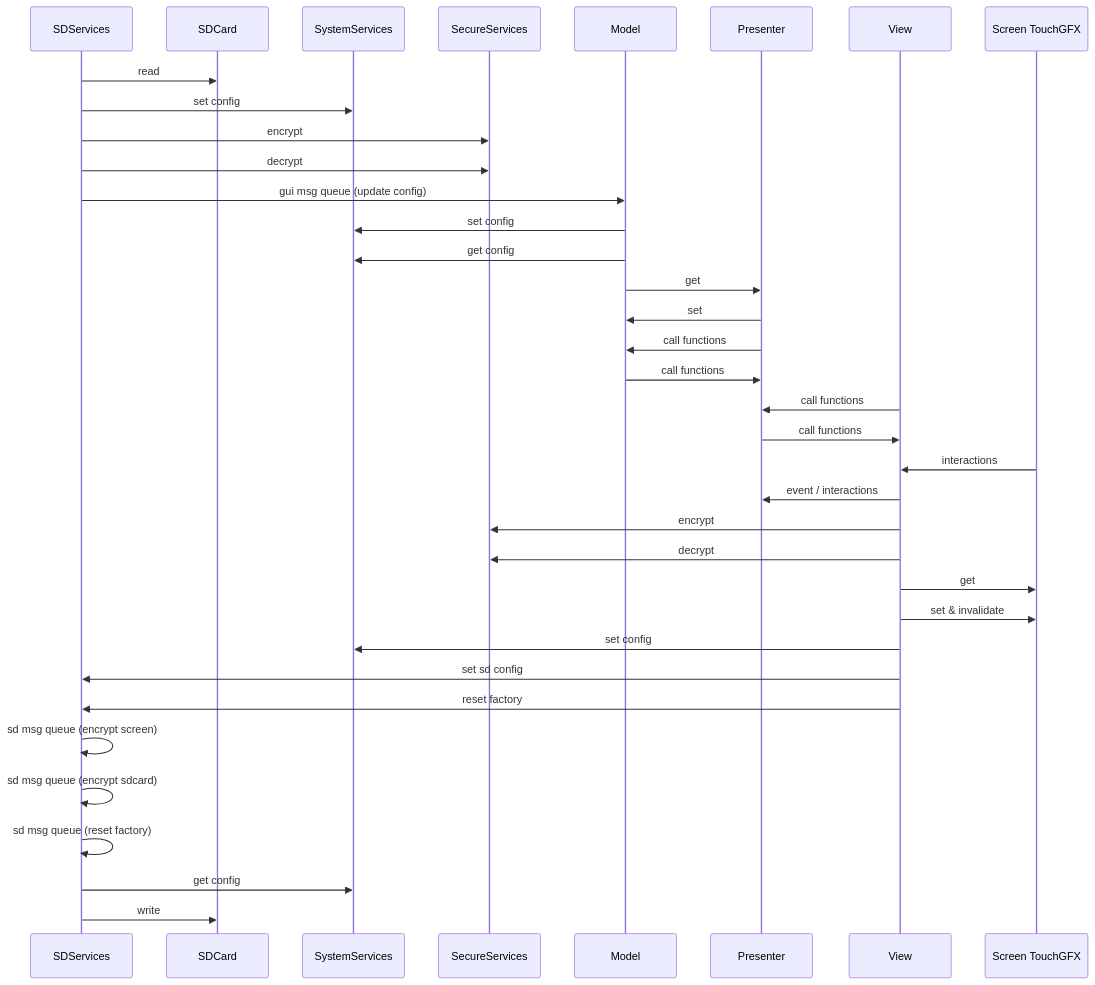
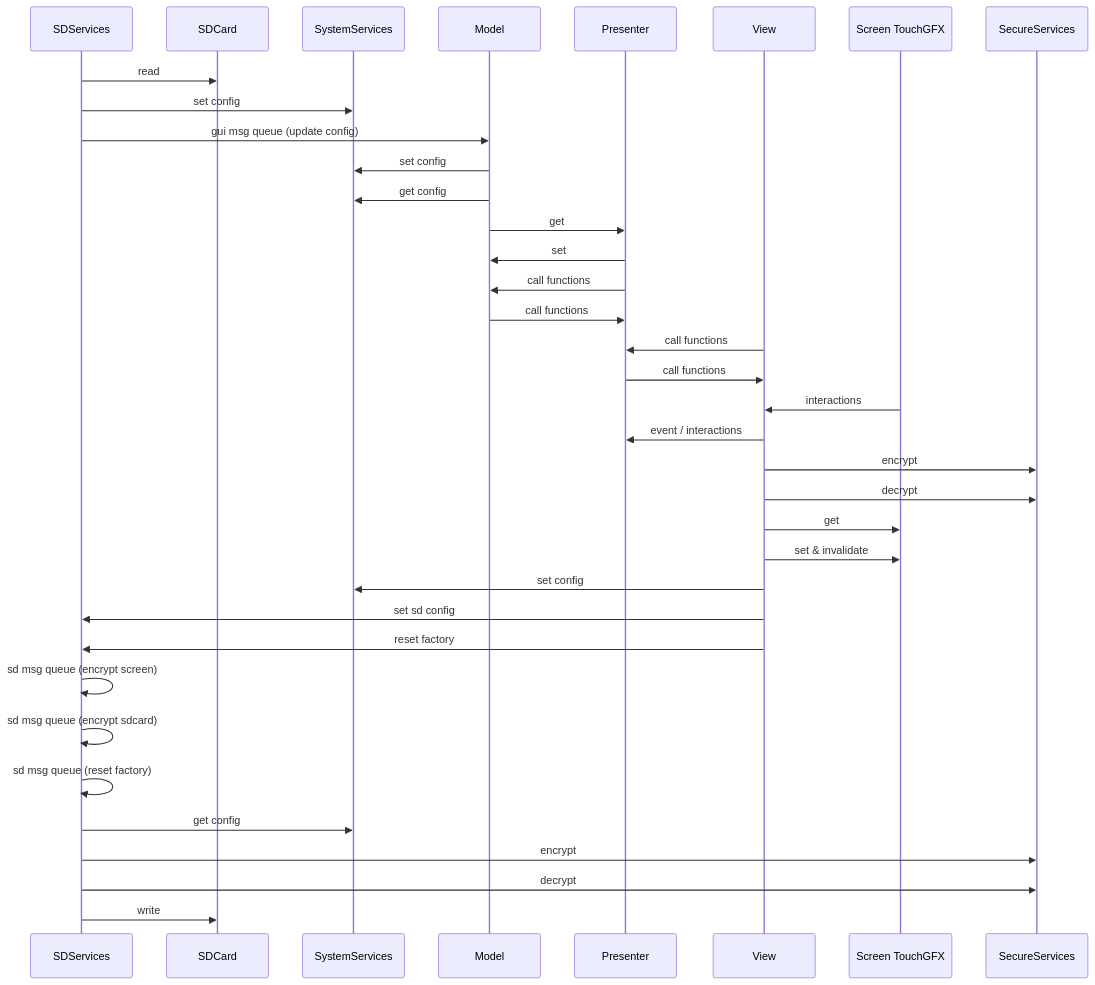
The fourth of 4 diagrams in README.md (packetqc/MPLIB), drawn with Mermaid before and after one commit. The commit also changed other lines of this file, not shown here.

````diff
--- a/README.md
+++ b/README.md
@@ -100,30 +100,30 @@
 ```mermaid
 sequenceDiagram  
 SDServices ->> SDCard: read
 SDServices ->> SystemServices: set config
-SDServices ->> SecureServices: encrypt
-SDServices ->> SecureServices: decrypt
 SDServices ->> Model: gui msg queue (update config)
 Model ->> SystemServices: set config
 Model ->> SystemServices: get config
 Model ->> Presenter: get
 Presenter ->> Model: set
 Presenter ->> Model: call functions
 Model ->> Presenter: call functions
 View ->> Presenter: call functions
 Presenter ->> View: call functions
 Screen TouchGFX ->> View: interactions
 View ->> Presenter: event / interactions
 View ->> SecureServices: encrypt
 View ->> SecureServices: decrypt
 View ->> Screen TouchGFX: get
 View ->> Screen TouchGFX: set & invalidate
 View ->> SystemServices: set config
 View ->> SDServices: set sd config
 View ->> SDServices: reset factory
 SDServices ->> SDServices: sd msg queue (encrypt screen)
 SDServices ->> SDServices: sd msg queue (encrypt sdcard)
 SDServices ->> SDServices: sd msg queue (reset factory)
 SDServices ->> SystemServices: get config
+SDServices ->> SecureServices: encrypt
+SDServices ->> SecureServices: decrypt
 SDServices ->> SDCard: write
 ```
````
